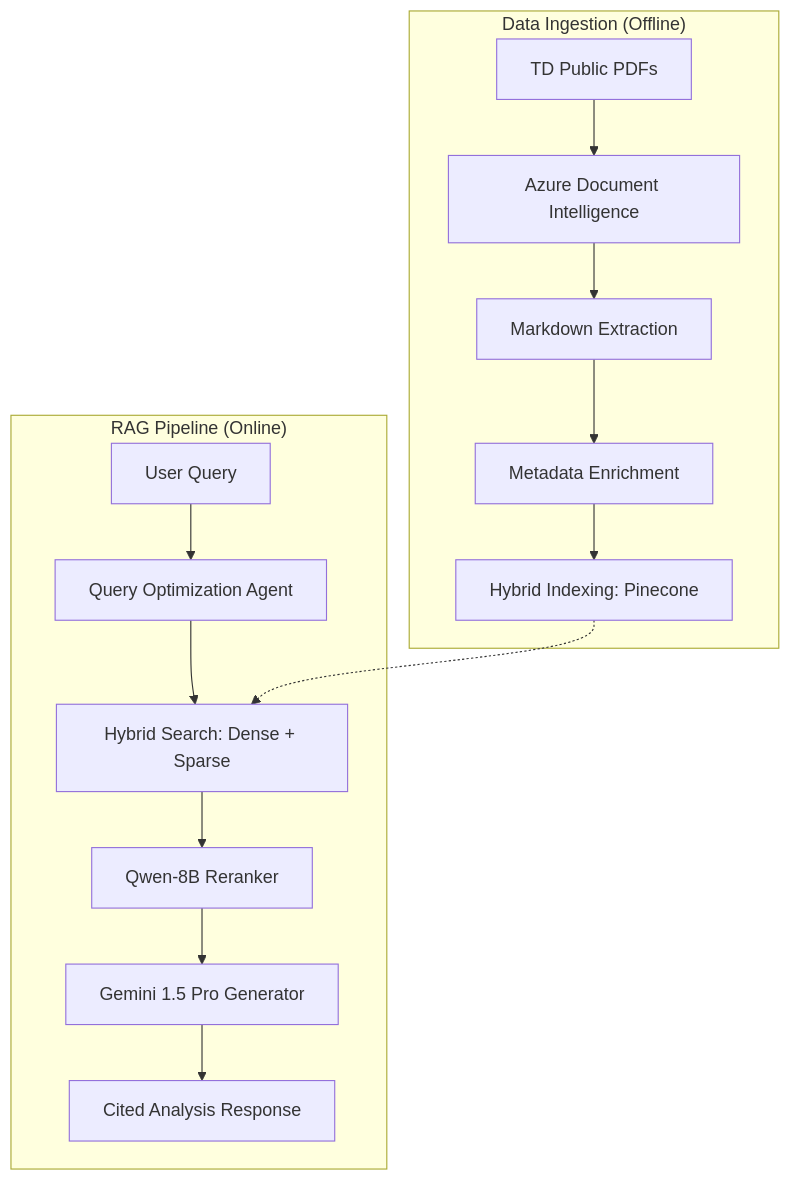
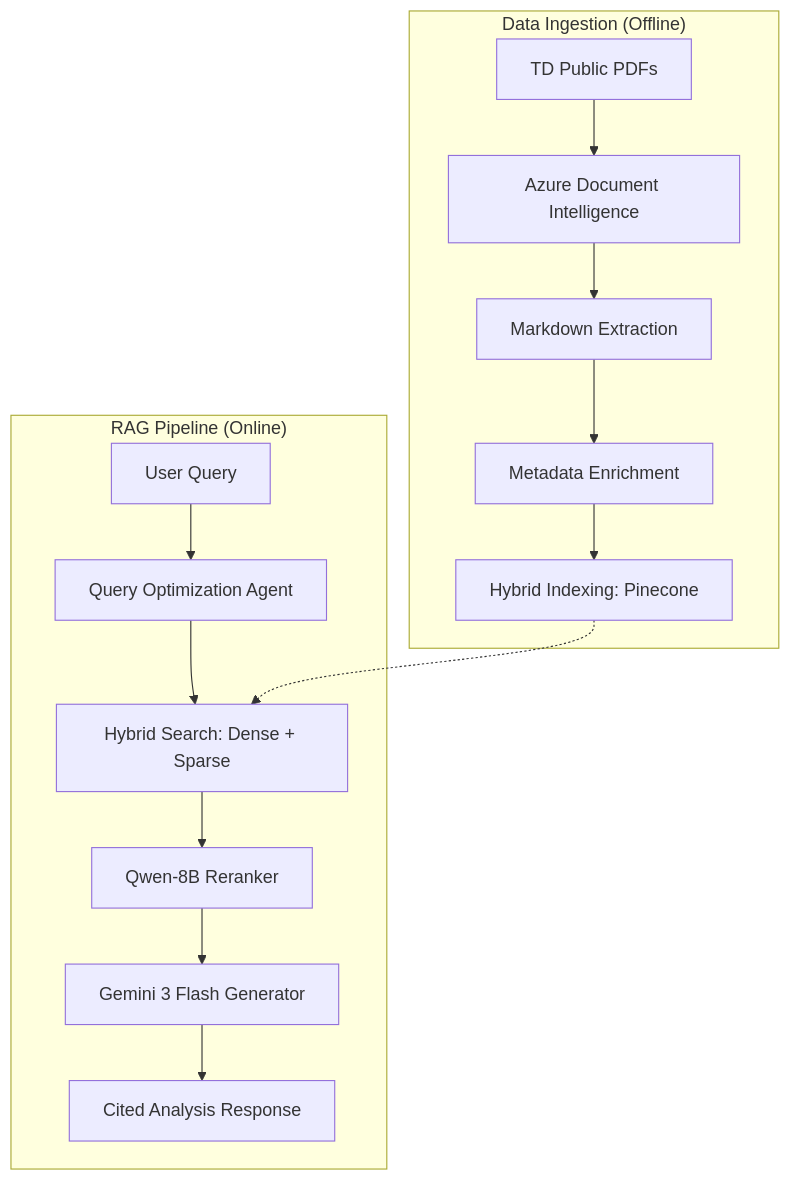
The diagram in README.md (Ty-Tshiam/TD-Agent), drawn with Mermaid before and after one commit.

````diff
--- a/README.md
+++ b/README.md
@@ -7,19 +7,19 @@
 ```mermaid
 graph TD
     subgraph "Data Ingestion (Offline)"
         A[TD Public PDFs] --> B[Azure Document Intelligence]
         B --> C[Markdown Extraction]
         C --> D[Metadata Enrichment]
         D --> E[Hybrid Indexing: Pinecone]
     end
 
     subgraph "RAG Pipeline (Online)"
         F[User Query] --> G[Query Optimization Agent]
         G --> H[Hybrid Search: Dense + Sparse]
         H --> I[Qwen-8B Reranker]
-        I --> J[Gemini 1.5 Pro Generator]
+        I --> J[Gemini 3 Flash Generator]
         J --> K[Cited Analysis Response]
     end
 
     E -.-> H
 ```
````
